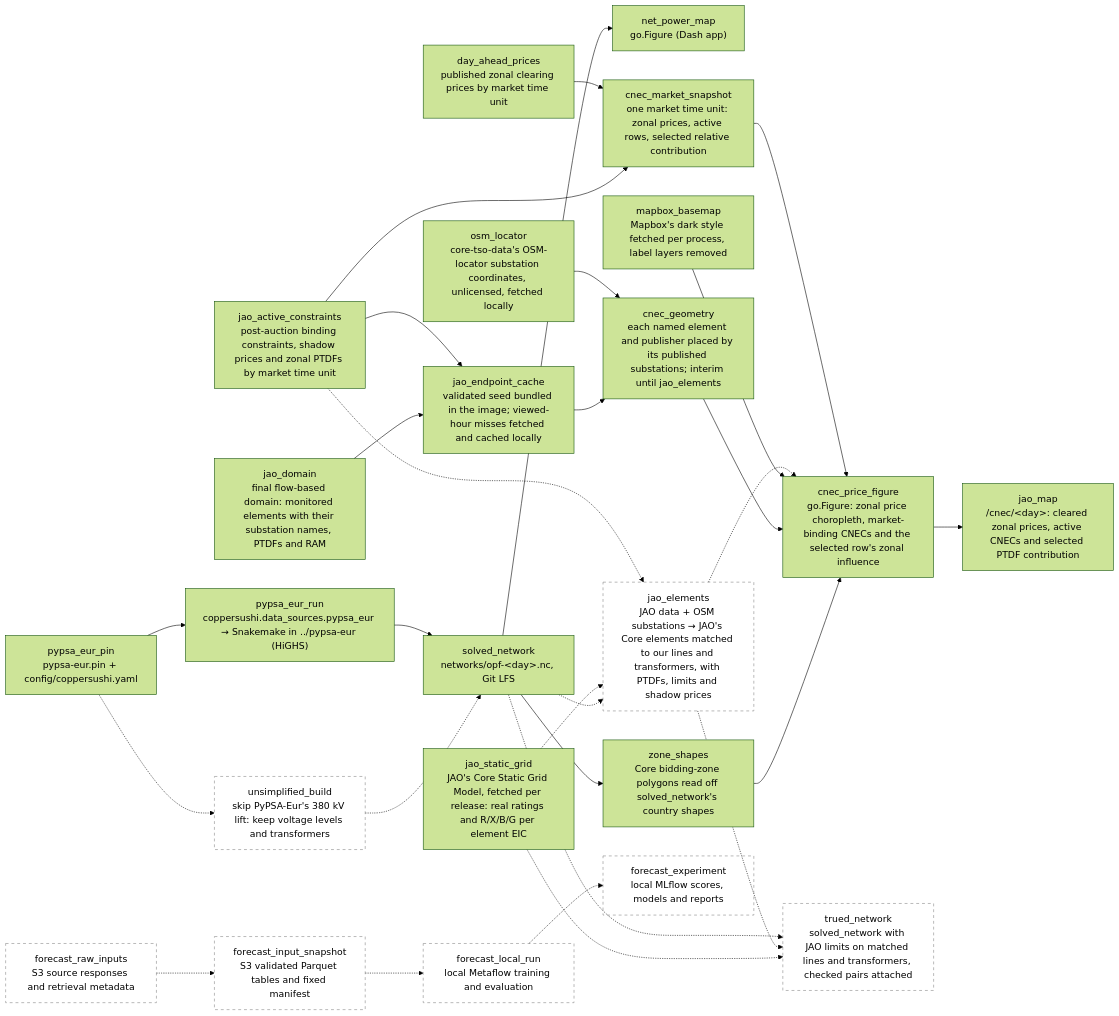
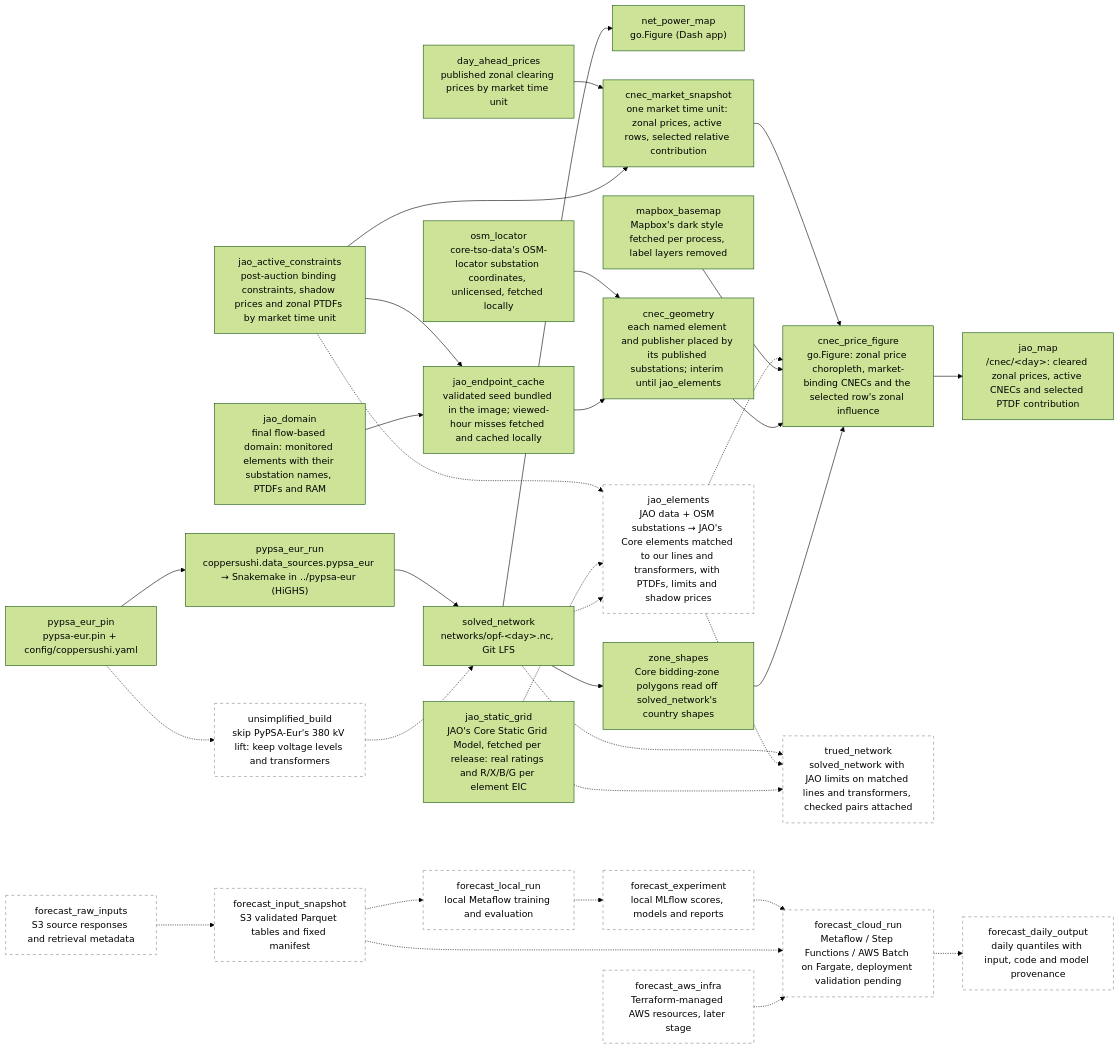
Before and after one commit to zoltanmaric/coppersushi: the diagram in wiki/sushi-2.md, drawn with Mermaid (forest theme). The commit also changed 3 other files, not shown here.

Commit message:
Clarify forecast reproducibility and later AWS deployment

````diff
--- a/wiki/sushi-2.md
+++ b/wiki/sushi-2.md
@@ -17,61 +17,70 @@
 ```mermaid
 flowchart LR
     classDef planned stroke-dasharray: 5 5,stroke:#888,fill:none
 
     net_power_map["net_power_map<br/>go.Figure (Dash app)"]
 
     pypsa_eur_pin["pypsa_eur_pin<br/>pypsa-eur.pin + config/coppersushi.yaml"]
     pypsa_eur_run["pypsa_eur_run<br/>coppersushi.data_sources.pypsa_eur → Snakemake in ../pypsa-eur (HiGHS)"]
     solved_network["solved_network<br/>networks/opf-&lt;day&gt;.nc, Git LFS"]
     jao_active_constraints["jao_active_constraints<br/>post-auction binding constraints, shadow prices and zonal PTDFs by market time unit"]
     jao_domain["jao_domain<br/>final flow-based domain: monitored elements with their substation names, PTDFs and RAM"]
     jao_endpoint_cache["jao_endpoint_cache<br/>validated seed bundled in the image; viewed-hour misses fetched and cached locally"]
     osm_locator["osm_locator<br/>core-tso-data's OSM-locator substation coordinates, unlicensed, fetched locally"]
     cnec_geometry["cnec_geometry<br/>each named element and publisher placed by its published substations; interim until jao_elements"]
     zone_shapes["zone_shapes<br/>Core bidding-zone polygons read off solved_network's country shapes"]
     mapbox_basemap["mapbox_basemap<br/>Mapbox's dark style fetched per process, label layers removed"]
 
     jao_static_grid["jao_static_grid<br/>JAO's Core Static Grid Model, fetched per release: real ratings and R/X/B/G per element EIC"]
 
     unsimplified["unsimplified_build<br/>skip PyPSA-Eur's 380 kV lift: keep voltage levels and transformers"]:::planned
     jao_elements["jao_elements<br/>JAO data + OSM substations → JAO's Core elements matched to our lines and transformers, with PTDFs, limits and shadow prices"]:::planned
     day_ahead_prices["day_ahead_prices<br/>published zonal clearing prices by market time unit"]
     cnec_market_snapshot["cnec_market_snapshot<br/>one market time unit: zonal prices, active rows, selected relative contribution"]
     cnec_price_figure["cnec_price_figure<br/>go.Figure: zonal price choropleth, market-binding CNECs and the selected row's zonal influence"]
     jao_map["jao_map<br/>/cnec/&lt;day&gt;: cleared zonal prices, active CNECs and selected PTDF contribution"]
     trued_network["trued_network<br/>solved_network with JAO limits on matched lines and transformers, checked pairs attached"]:::planned
 
     forecast_raw_inputs["forecast_raw_inputs<br/>S3 source responses and retrieval metadata"]:::planned
     forecast_input_snapshot["forecast_input_snapshot<br/>S3 validated Parquet tables and fixed manifest"]:::planned
     forecast_local_run["forecast_local_run<br/>local Metaflow training and evaluation"]:::planned
     forecast_experiment["forecast_experiment<br/>local MLflow scores, models and reports"]:::planned
 
     forecast_raw_inputs -.-> forecast_input_snapshot
     forecast_input_snapshot -.-> forecast_local_run
     forecast_local_run -.-> forecast_experiment
 
+    forecast_aws_infra["forecast_aws_infra<br/>Terraform-managed AWS resources, later stage"]:::planned
+    forecast_cloud_run["forecast_cloud_run<br/>Metaflow / Step Functions / AWS Batch on Fargate, deployment validation pending"]:::planned
+    forecast_daily_output["forecast_daily_output<br/>daily quantiles with input, code and model provenance"]:::planned
+
+    forecast_aws_infra -.-> forecast_cloud_run
+    forecast_input_snapshot -.-> forecast_cloud_run
+    forecast_experiment -.-> forecast_cloud_run
+    forecast_cloud_run -.-> forecast_daily_output
+
     pypsa_eur_pin --> pypsa_eur_run
     pypsa_eur_pin -.-> unsimplified
     unsimplified -.-> solved_network
     pypsa_eur_run --> solved_network
     solved_network --> net_power_map
     solved_network --> zone_shapes
     zone_shapes --> cnec_price_figure
     jao_domain --> jao_endpoint_cache
     jao_active_constraints --> jao_endpoint_cache
     jao_endpoint_cache --> cnec_geometry
     osm_locator --> cnec_geometry
     cnec_geometry --> cnec_price_figure
     mapbox_basemap --> cnec_price_figure
     solved_network -.-> jao_elements
     jao_static_grid -.-> jao_elements
     jao_static_grid -.-> trued_network
     jao_active_constraints -.-> jao_elements
     jao_active_constraints --> cnec_market_snapshot
     day_ahead_prices --> cnec_market_snapshot
     jao_elements -.-> cnec_price_figure
     cnec_market_snapshot --> cnec_price_figure
     cnec_price_figure --> jao_map
     jao_elements -.-> trued_network
     solved_network -.-> trued_network
 ```
````
